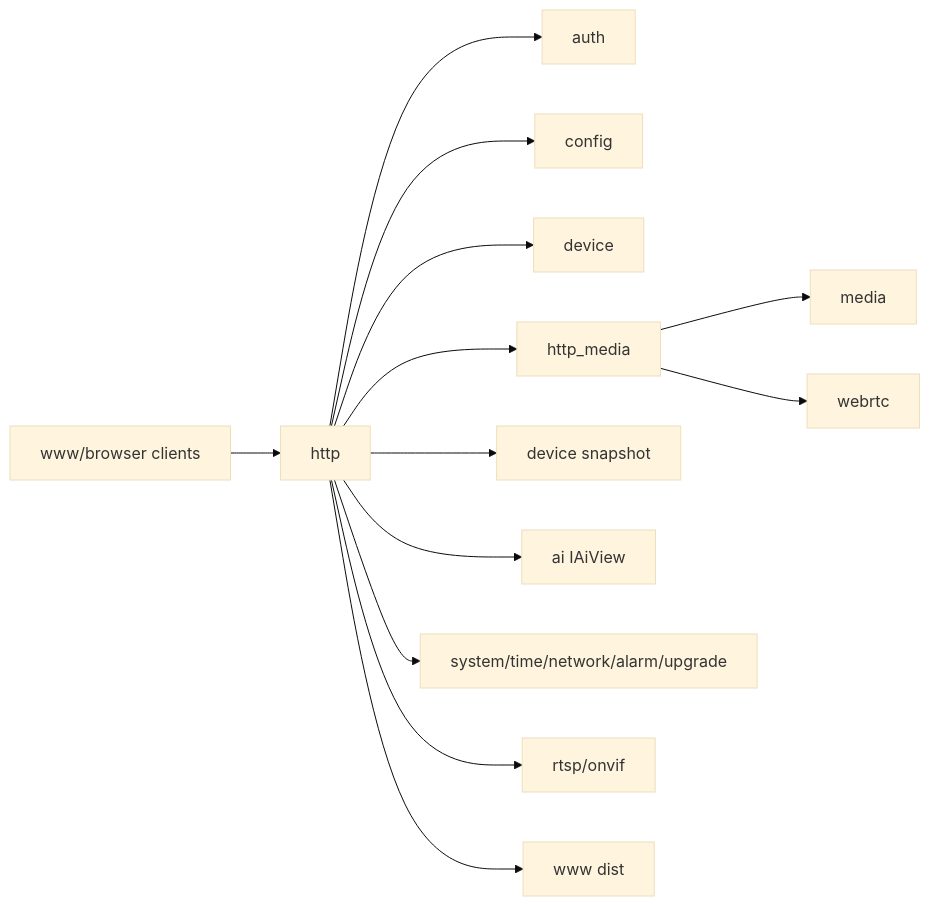
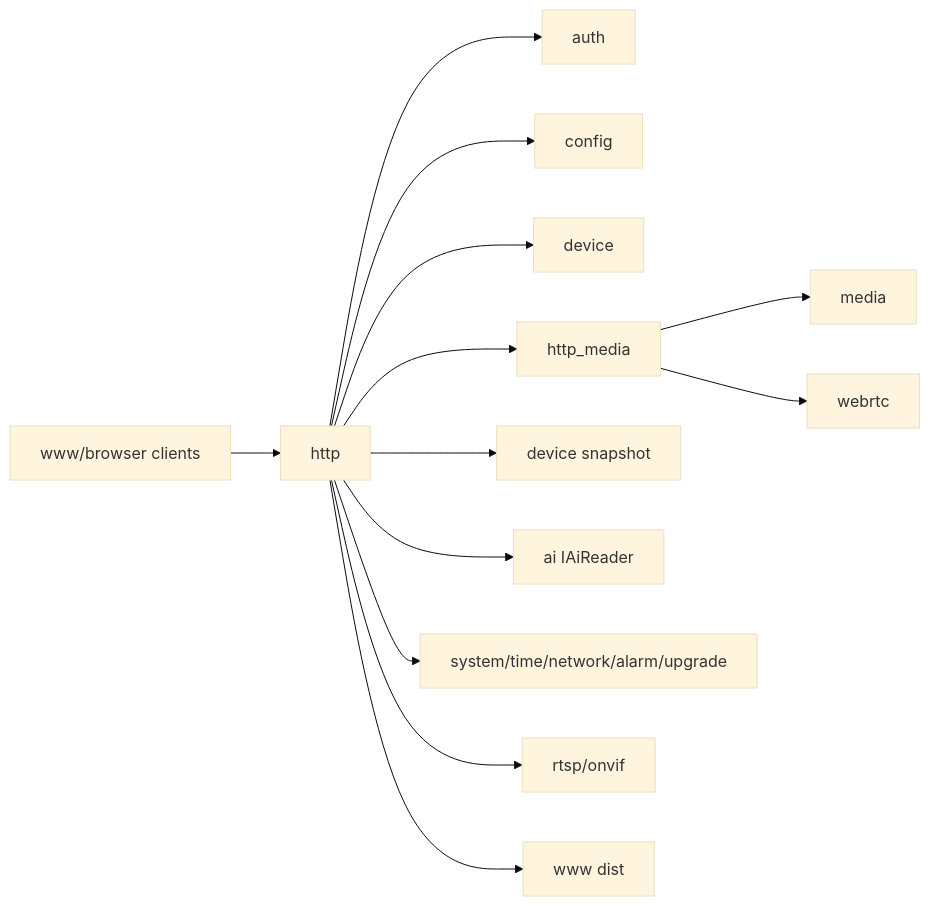
The diagram in docs/libs/http.md (373699756/live_stream), drawn with Mermaid (base theme) before and after one commit. The commit also changed 347 other files, not shown here.

````diff
--- a/docs/libs/http.md
+++ b/docs/libs/http.md
@@ -16,15 +16,15 @@
 ```mermaid
 flowchart LR
   Browser[www/browser clients] --> HTTP[http]
   HTTP --> Auth[auth]
   HTTP --> Config[config]
   HTTP --> Media[device]
   HTTP --> MediaHTTP[http_media]
   MediaHTTP --> MediaCore[media]
   MediaHTTP --> WebRTC[webrtc]
   HTTP --> Snapshot[device snapshot]
-  HTTP --> AI[ai IAiView]
+  HTTP --> AI[ai IAiReader]
   HTTP --> Device[system/time/network/alarm/upgrade]
   HTTP --> Protocol[rtsp/onvif]
   HTTP --> Static[www dist]
 ```
````
